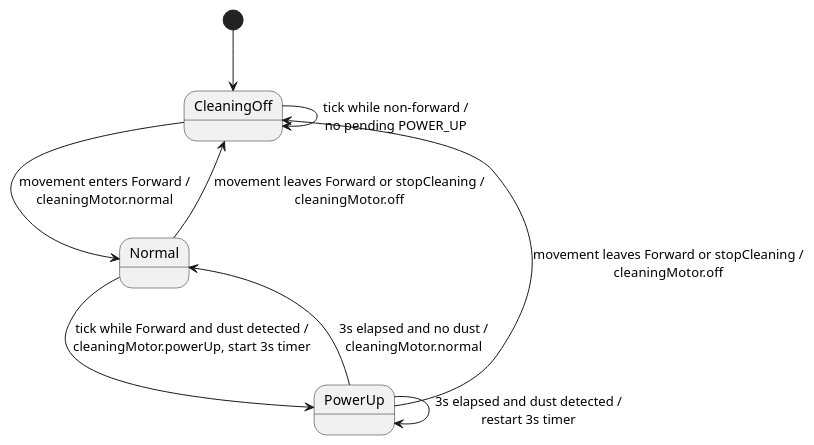
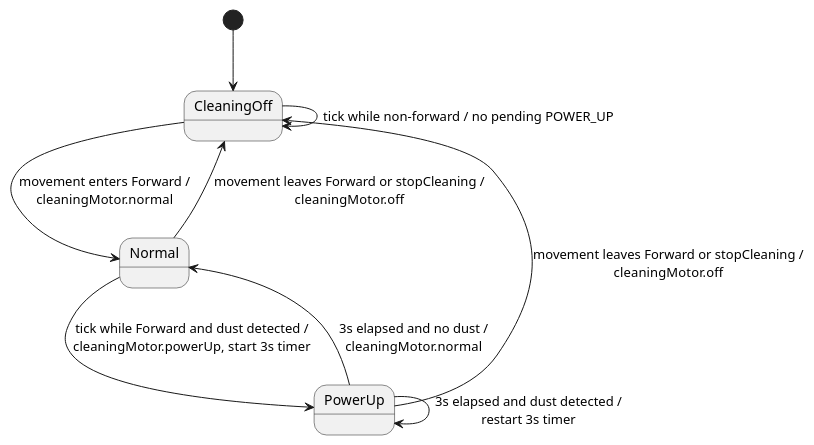
One commit to shsdbd/rvc-revision-test changed diagram 16 of 16 in docs/design/design-specification.md. Above: the diagram before and after it, drawn with PlantUML. The commit also changed other lines of this file and 1 other file, not shown here.

````diff
--- a/docs/design/design-specification.md
+++ b/docs/design/design-specification.md
@@ -378,14 +976,14 @@
 ```plantuml
 @startuml
 [*] --> CleaningOff
 
 CleaningOff --> Normal : movement enters Forward /\ncleaningMotor.normal
 Normal --> PowerUp : tick while Forward and dust detected /\ncleaningMotor.powerUp, start 3s timer
 PowerUp --> PowerUp : 3s elapsed and dust detected /\nrestart 3s timer
 PowerUp --> Normal : 3s elapsed and no dust /\ncleaningMotor.normal
 
 Normal --> CleaningOff : movement leaves Forward or stopCleaning /\ncleaningMotor.off
 PowerUp --> CleaningOff : movement leaves Forward or stopCleaning /\ncleaningMotor.off
-CleaningOff --> CleaningOff : tick while non-forward /\nno pending POWER_UP
+CleaningOff --> CleaningOff : tick while non-forward / no pending POWER_UP
 @enduml
 ```
````
